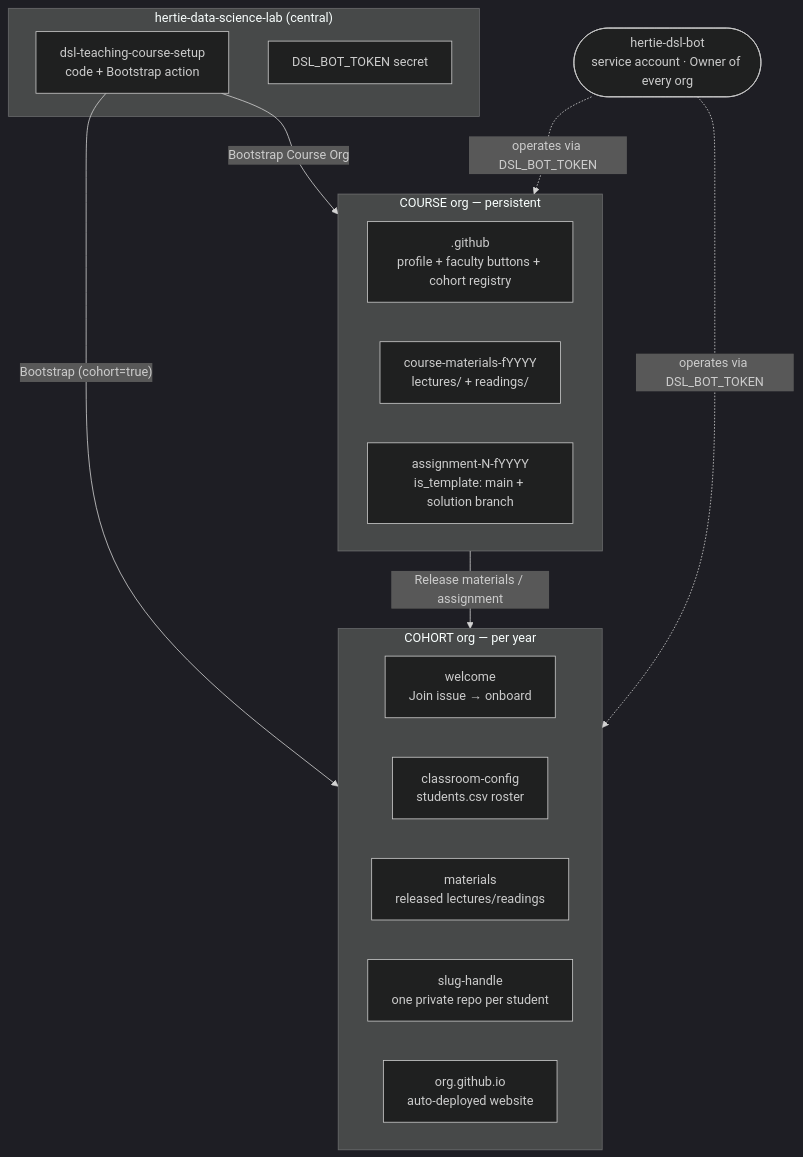
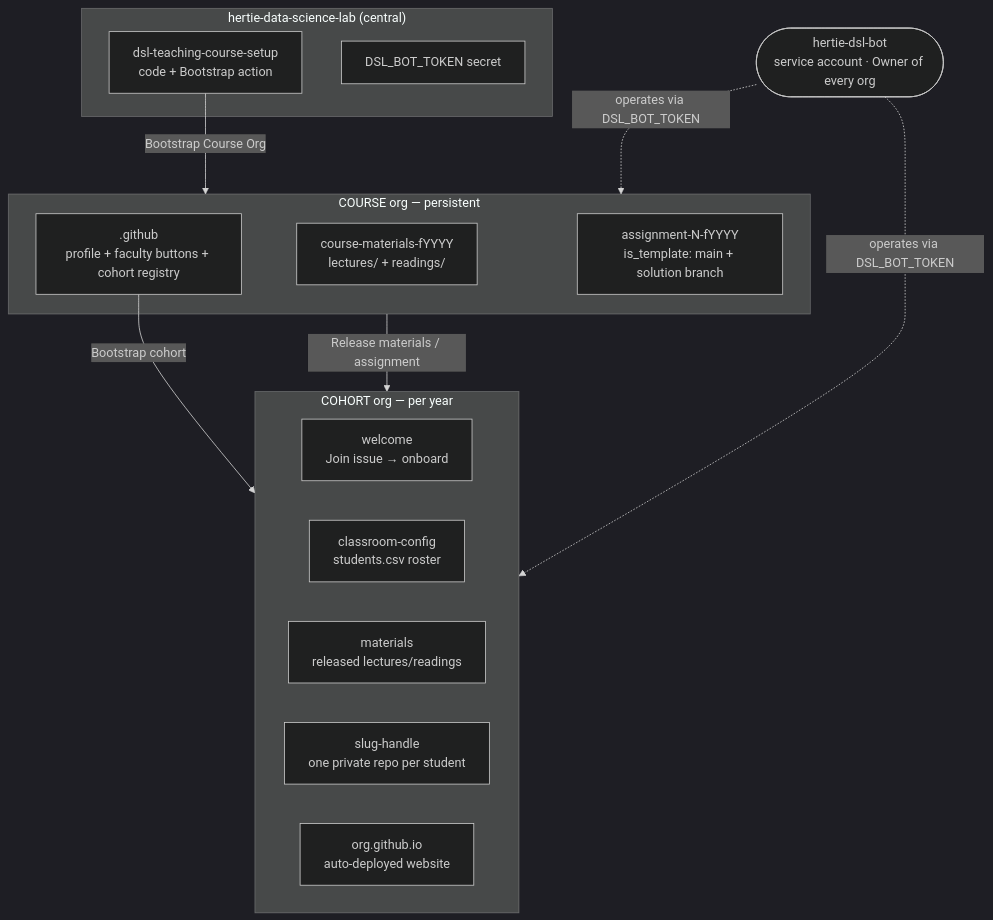
One commit to hertie-data-science-lab/dsl-teaching-course-setup changed the first of 9 diagrams in docs/ARCHITECTURE.md. Above: the diagram before and after it, drawn with Mermaid (dark theme). The commit also changed other lines of this file and 2 other files, not shown here.

First line of the commit message:
refactor(bootstrap): course-only bootstrap UI, drop dead/duplicate inputs

````diff
--- a/docs/ARCHITECTURE.md
+++ b/docs/ARCHITECTURE.md
@@ -24,25 +24,25 @@
 ```mermaid
 flowchart TB
   subgraph central["hertie-data-science-lab (central)"]
     repo["dsl-teaching-course-setup<br/>code + Bootstrap action"]
     sec["DSL_BOT_TOKEN secret"]
   end
   bot(["hertie-dsl-bot<br/>service account · Owner of every org"])
   subgraph course["COURSE org — persistent"]
     cg[".github<br/>profile + faculty buttons + cohort registry"]
     mat["course-materials-fYYYY<br/>lectures/ + readings/"]
     asg["assignment-N-fYYYY<br/>is_template: main + solution branch"]
   end
   subgraph cohort["COHORT org — per year"]
     wel["welcome<br/>Join issue → onboard"]
     ros["classroom-config<br/>students.csv roster"]
     cmat["materials<br/>released lectures/readings"]
     stu["slug-handle<br/>one private repo per student"]
     site["org.github.io<br/>auto-deployed website"]
   end
   repo -->|"Bootstrap Course Org"| course
-  repo -->|"Bootstrap (cohort=true)"| cohort
+  cg -->|"Bootstrap cohort"| cohort
   course -->|"Release materials / assignment"| cohort
   bot -.->|"operates via DSL_BOT_TOKEN"| course
   bot -.->|"operates via DSL_BOT_TOKEN"| cohort
 ```
````
